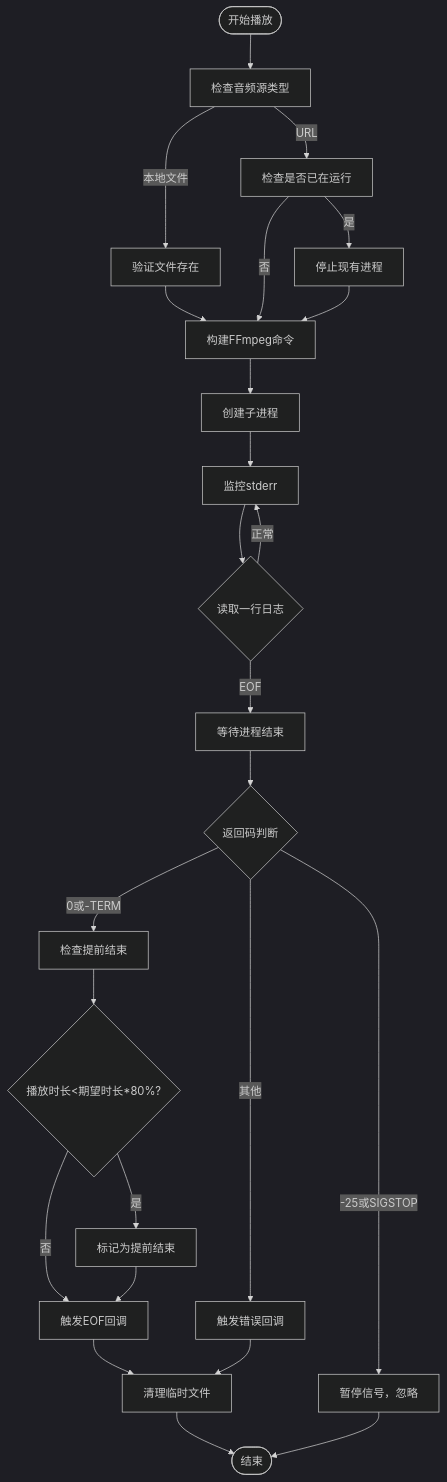
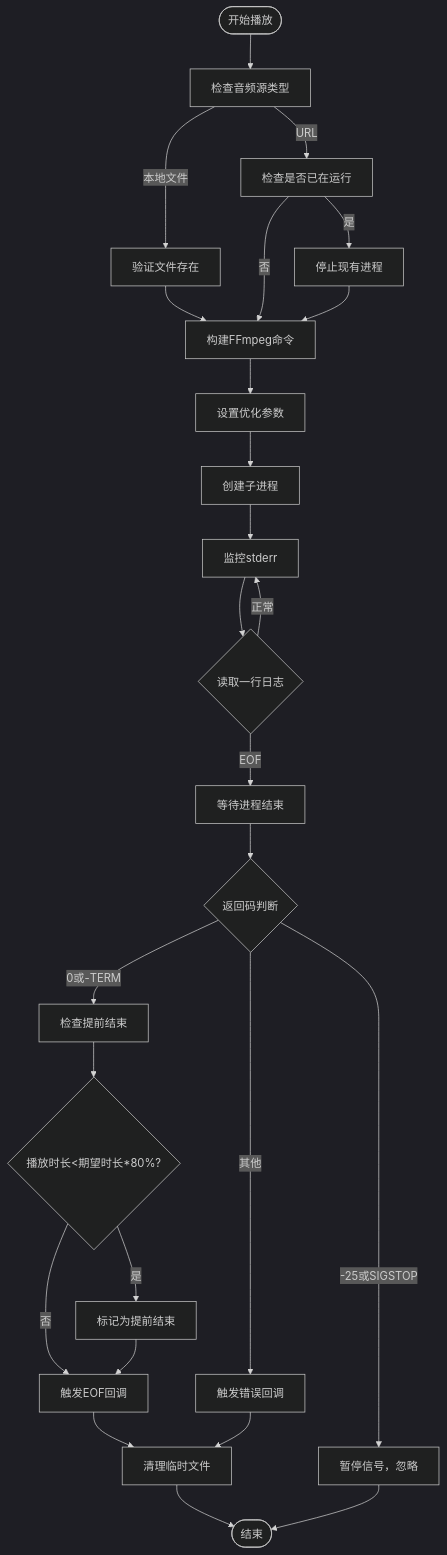
One commit to GhoulOwl/Teamspeak3_Bot changed the fourth of 11 diagrams in .qoder/repowiki/zh/content/音乐播放系统/音乐播放系统.md. Above: the diagram before and after it, drawn with Mermaid (dark theme). The commit also changed other lines of this file and 6 other files, not shown here.

````diff
--- a/.qoder/repowiki/zh/content/音乐播放系统/音乐播放系统.md
+++ b/.qoder/repowiki/zh/content/音乐播放系统/音乐播放系统.md
@@ -247,27 +264,28 @@
 ```mermaid
 flowchart TD
 Start(["开始播放"]) --> CheckSource["检查音频源类型"]
 CheckSource --> |URL| CheckRunning["检查是否已在运行"]
 CheckSource --> |本地文件| CheckFile["验证文件存在"]
 CheckFile --> BuildCmd["构建FFmpeg命令"]
 CheckRunning --> |是| StopProc["停止现有进程"]
 CheckRunning --> |否| BuildCmd
 StopProc --> BuildCmd
-BuildCmd --> Spawn["创建子进程"]
+BuildCmd --> SetParams["设置优化参数"]
+SetParams --> Spawn["创建子进程"]
 Spawn --> Monitor["监控stderr"]
 Monitor --> Line{"读取一行日志"}
 Line --> |正常| Monitor
 Line --> |EOF| ExitCode["等待进程结束"]
 ExitCode --> RC{"返回码判断"}
 RC --> |0或-TERM| CheckPremature["检查提前结束"]
 RC --> |-25或SIGSTOP| Pause["暂停信号，忽略"]
 RC --> |其他| Error["触发错误回调"]
 CheckPremature --> Premature{"播放时长<期望时长*80%?"}
 Premature --> |是| EarlyExit["标记为提前结束"]
 Premature --> |否| EOF["触发EOF回调"]
 EarlyExit --> EOF
 EOF --> Cleanup["清理临时文件"]
 Cleanup --> End(["结束"])
 Error --> Cleanup
 Pause --> End
 ```
````
